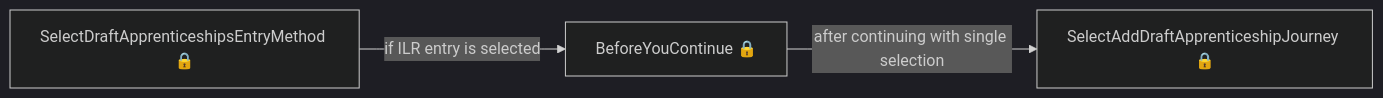
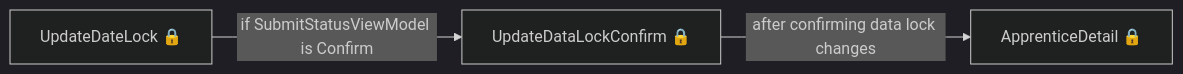
Before and after one commit to talentconsulting/atlas-dfe: the fourth of 10 diagrams in das-providercommitments/user-journeys/user-journeys.md, drawn with Mermaid (dark theme). The commit also changed other lines of this file and 36 other files, not shown here.

````diff
--- a/das-providercommitments/user-journeys/user-journeys.md
+++ b/das-providercommitments/user-journeys/user-journeys.md
@@ -40,5 +42,5 @@
 ```mermaid
 flowchart LR
-  p0["SelectDraftApprenticeshipsEntryMethod 🔒"] -->|"if ILR entry is selected"| p1["BeforeYouContinue 🔒"]
-  p1["BeforeYouContinue 🔒"] -->|"after continuing with single selection"| p2["SelectAddDraftApprenticeshipJourney 🔒"]
+  p0["UpdateDateLock 🔒"] -->|"if SubmitStatusViewModel is Confirm"| p1["UpdateDataLockConfirm 🔒"]
+  p1["UpdateDataLockConfirm 🔒"] -->|"after confirming data lock changes"| p2["ApprenticeDetail 🔒"]
 ```
````
